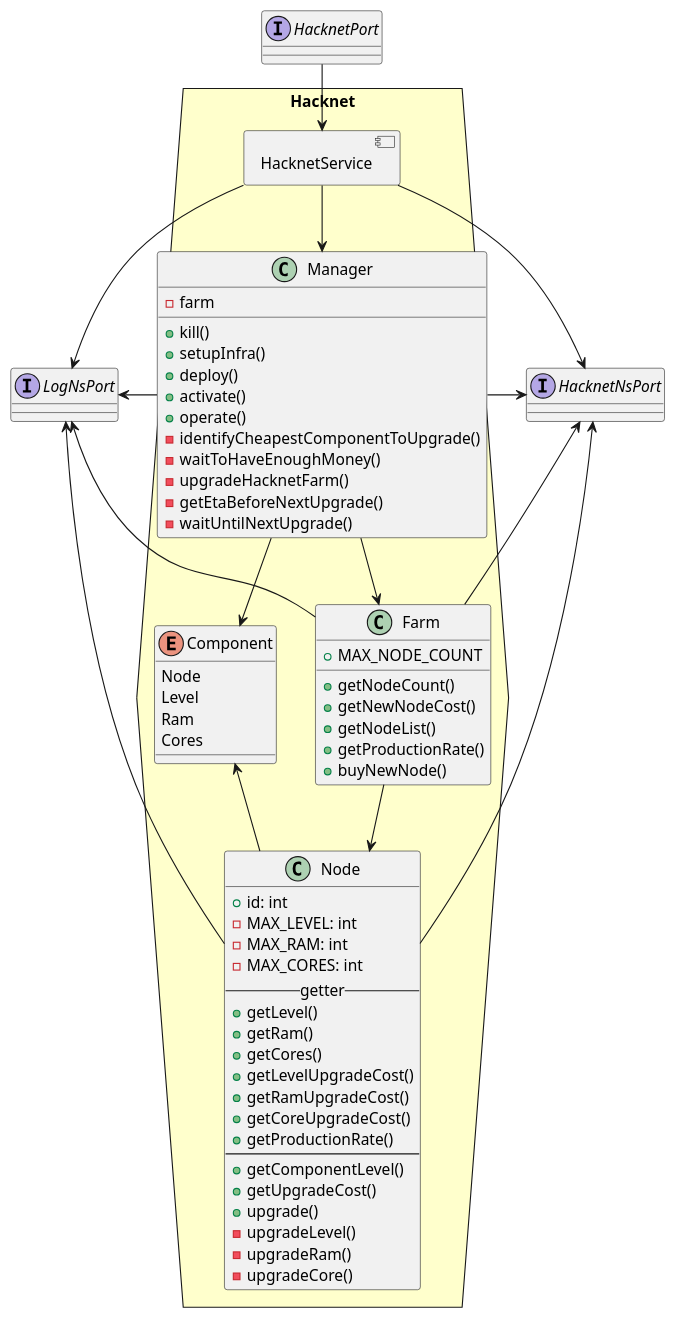
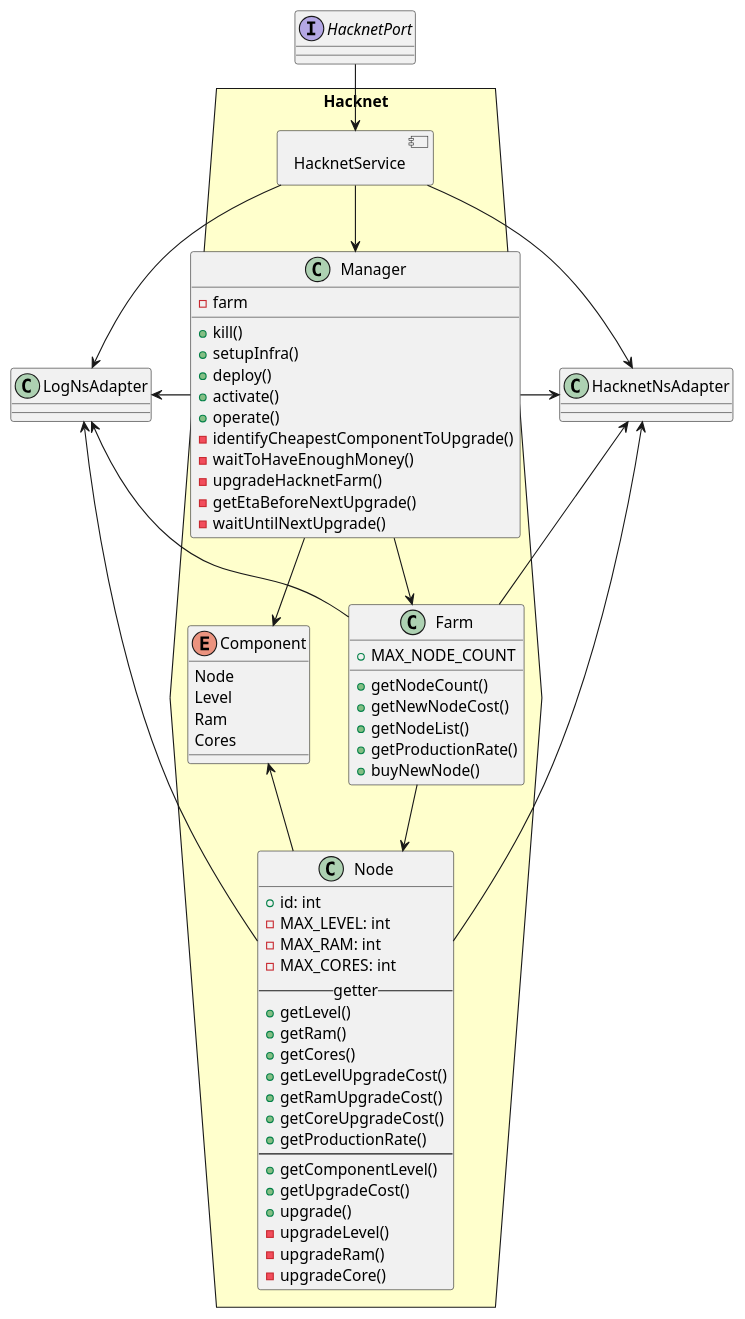
Before and after one commit to Desvart/bitburner: the diagram in doc/hacknet-class-diagram.puml, drawn with PlantUML. The commit also changed 16 other files, not shown here.

Commit message:
* continue migration from js to ts of hacknet module. * Update class diagrams documentation accordingly

```diff
--- a/doc/hacknet-class-diagram.puml
+++ b/doc/hacknet-class-diagram.puml
@@ -1,85 +1,85 @@
 @startuml
 
 interface HacknetPort
-interface HacknetNsPort
-interface LogNsPort
+class HacknetNsAdapter
+class LogNsAdapter
 
 hexagon Hacknet #Business {
 
     component HacknetService {
     }
 
     class Manager {
         -farm
         +kill()
         +setupInfra()
         +deploy()
         +activate()
         +operate()
         -identifyCheapestComponentToUpgrade()
         -waitToHaveEnoughMoney()
         -upgradeHacknetFarm()
         -getEtaBeforeNextUpgrade()
         -waitUntilNextUpgrade()
     }
 
     class Farm {
         +MAX_NODE_COUNT
         +getNodeCount()
         +getNewNodeCost()
         +getNodeList()
         +getProductionRate()
         +buyNewNode()
     }
 
     class Node {
         +id: int
         -MAX_LEVEL: int
         -MAX_RAM: int
         -MAX_CORES: int
         --getter--
         +getLevel()
         +getRam()
         +getCores()
         +getLevelUpgradeCost()
         +getRamUpgradeCost()
         +getCoreUpgradeCost()
         +getProductionRate()
         --
         +getComponentLevel()
         +getUpgradeCost()
         +upgrade()
         -upgradeLevel()
         -upgradeRam()
         -upgradeCore()
     }
 
     enum Component {
         Node
         Level
         Ram
         Cores
     }
 }
 
 ' Driven by
     HacknetPort --> HacknetService
 
 ' Hexagon
     HacknetService --> Manager
     Manager -d-> Farm
     Manager --> Component
     Farm --> Node
     Node -u-> Component
 
 ' Driver
-    HacknetService --> HacknetNsPort
-    HacknetService --> LogNsPort
-    Manager -r-> HacknetNsPort
-    Manager -l-> LogNsPort
-    Farm -u-> HacknetNsPort
-    Farm -u-> LogNsPort
-    Node -u-> HacknetNsPort
-    Node -u-> LogNsPort
+    HacknetService --> HacknetNsAdapter
+    HacknetService --> LogNsAdapter
+    Manager -r-> HacknetNsAdapter
+    Manager -l-> LogNsAdapter
+    Farm -u-> HacknetNsAdapter
+    Farm -u-> LogNsAdapter
+    Node -u-> HacknetNsAdapter
+    Node -u-> LogNsAdapter
 
 @enduml
```
